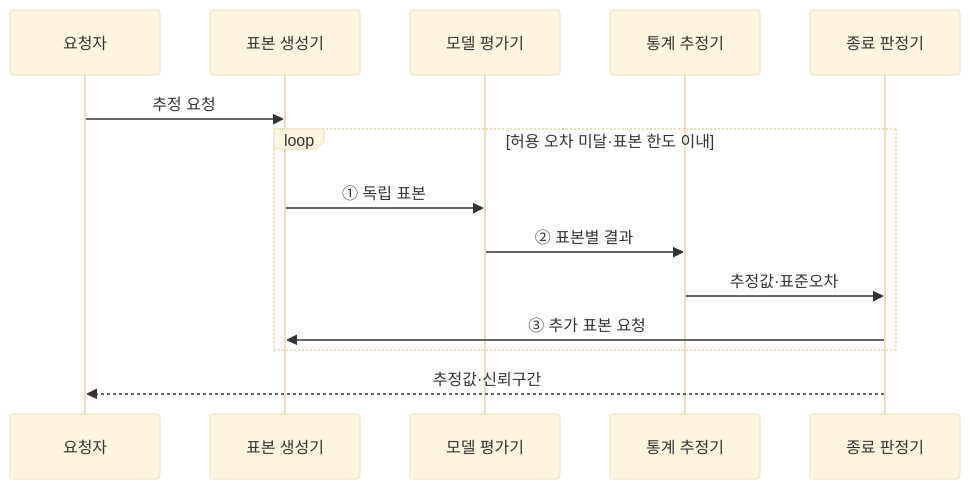
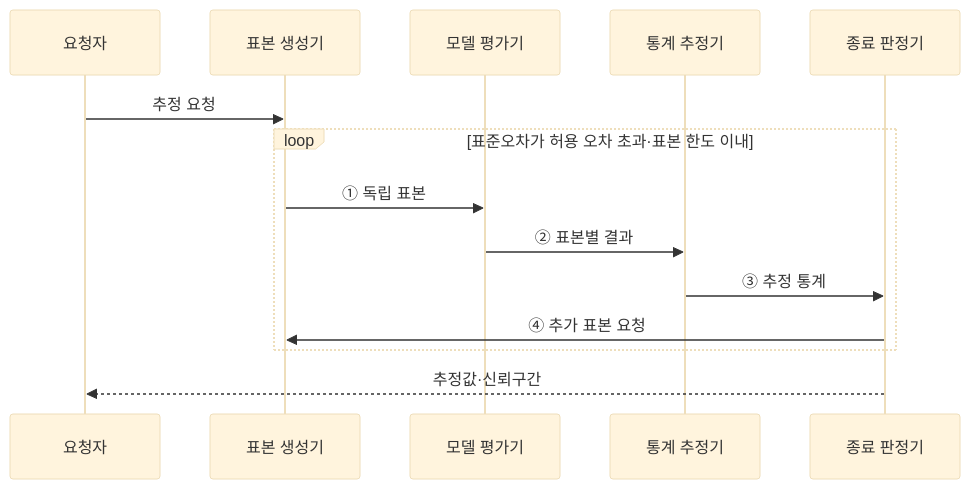
Before and after one commit to agnusdei1207/knowledge-base: the third of 3 diagrams in src/content/docs/notes/01-basic-theory/017_monte_carlo.md, drawn with Mermaid (base theme). The commit also changed other lines of this file and 13 other files, not shown here.

````diff
--- a/src/content/docs/notes/01-basic-theory/017_monte_carlo.md
+++ b/src/content/docs/notes/01-basic-theory/017_monte_carlo.md
@@ -94,16 +94,16 @@
 ```mermaid
 sequenceDiagram
     participant Q as 요청자
     participant G as 표본 생성기
     participant M as 모델 평가기
     participant E as 통계 추정기
     participant C as 종료 판정기
     Q->>G: 추정 요청
-    loop 허용 오차 미달·표본 한도 이내
+    loop 표준오차가 허용 오차 초과·표본 한도 이내
         G->>M: ① 독립 표본
         M->>E: ② 표본별 결과
-        E->>C: 추정값·표준오차
-        C->>G: ③ 추가 표본 요청
+        E->>C: ③ 추정 통계
+        C->>G: ④ 추가 표본 요청
     end
     C-->>Q: 추정값·신뢰구간
 ```
````
